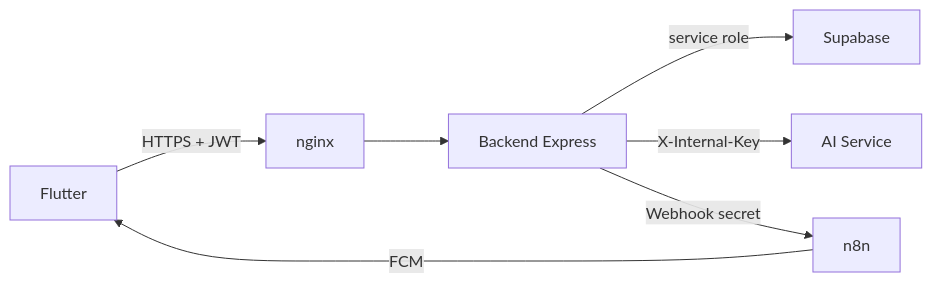
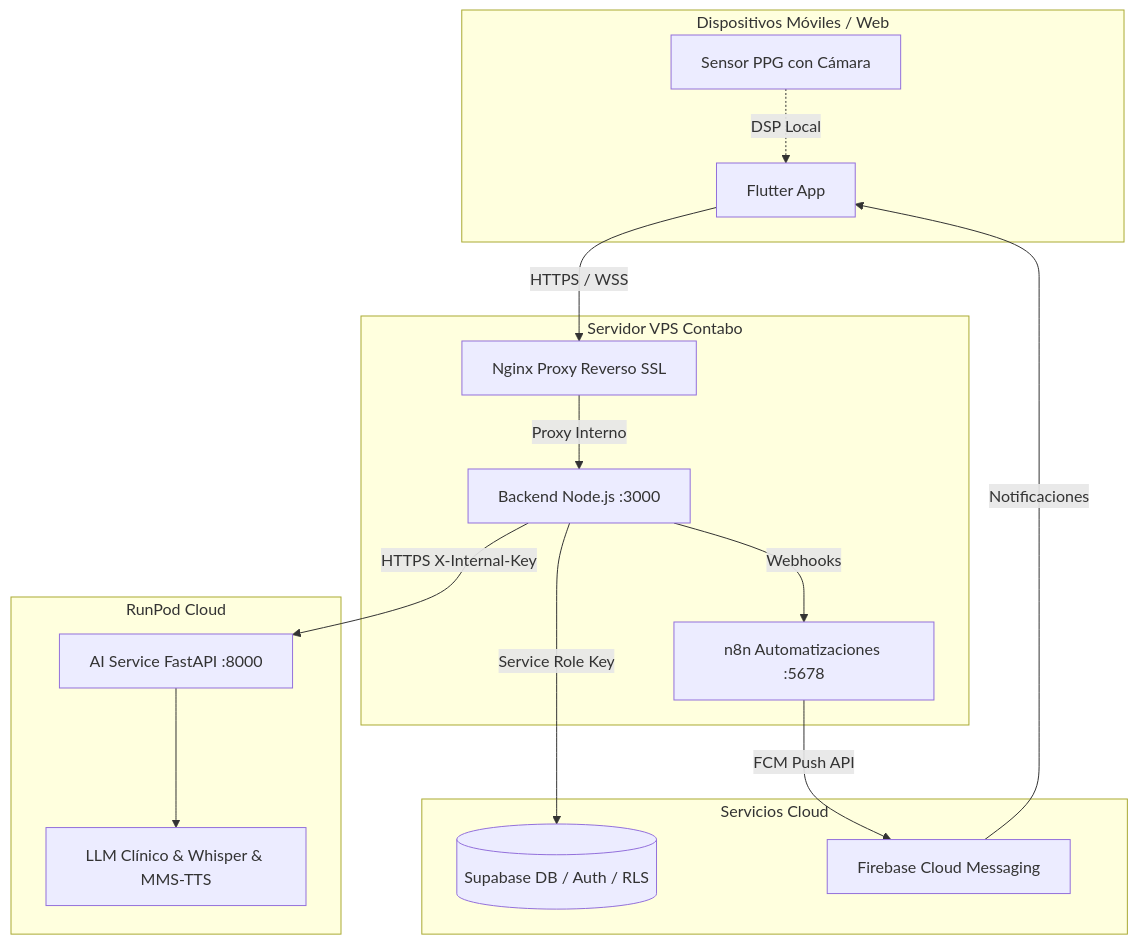
Before and after one commit to Ramon-Lop-Dev/Biomark-AI: the diagram in README.md, drawn with Mermaid. The commit also changed other lines of this file and 46 other files, not shown here.

````diff
--- a/README.md
+++ b/README.md
@@ -18,9 +11,33 @@
 ```mermaid
-flowchart LR
-  F[Flutter] -->|HTTPS + JWT| N[nginx]
-  N --> B[Backend Express]
-  B -->|service role| S[Supabase]
-  B -->|X-Internal-Key| A[AI Service]
-  B -->|Webhook secret| Wn[n8n]
-  Wn -->|FCM| F
+flowchart TD
+  subgraph Frontend [Dispositivos Móviles / Web]
+    F[Flutter App]
+    PPG[Sensor PPG con Cámara]
+  end
+
+  subgraph ContaboVPS [Servidor VPS Contabo]
+    N[Nginx Proxy Reverso SSL]
+    B[Backend Node.js :3000]
+    Wn[n8n Automatizaciones :5678]
+  end
+
+  subgraph GPUCloud [RunPod Cloud]
+    AI[AI Service FastAPI :8000]
+    LLM[LLM Clínico & Whisper & MMS-TTS]
+  end
+
+  subgraph CloudDB [Servicios Cloud]
+    S[(Supabase DB / Auth / RLS)]
+    FCM[Firebase Cloud Messaging]
+  end
+
+  F -->|HTTPS / WSS| N
+  PPG -.->|DSP Local| F
+  N -->|Proxy Interno| B
+  B -->|Service Role Key| S
+  B -->|HTTPS X-Internal-Key| AI
+  AI --> LLM
+  B -->|Webhooks| Wn
+  Wn -->|FCM Push API| FCM
+  FCM -->|Notificaciones| F
 ```
````
